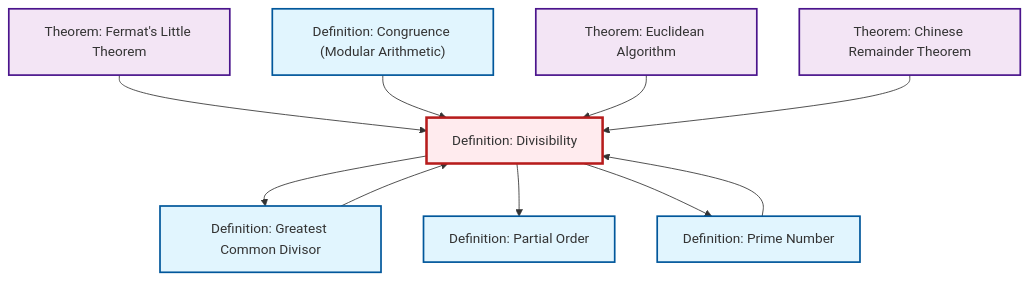
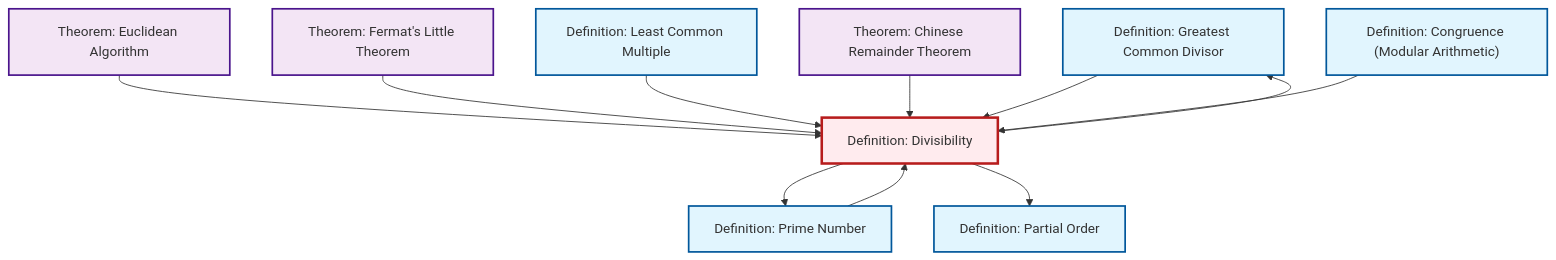
Before and after one commit to RK0429/ModernMath: the diagram in output/mermaid/def-divisibility.mermaid, drawn with Mermaid. The commit also changed 634 other files, not shown here.

First line of the commit message:
feat: Add prime ideal definition with comprehensive cross-references

```diff
--- a/output/mermaid/def-divisibility.mermaid
+++ b/output/mermaid/def-divisibility.mermaid
@@ -1,25 +1,27 @@
 %%| fig-cap: "Local dependency graph"
 graph TD
     classDef definition fill:#e1f5fe,stroke:#01579b,stroke-width:2px
     classDef theorem fill:#f3e5f5,stroke:#4a148c,stroke-width:2px
     classDef axiom fill:#fff3e0,stroke:#e65100,stroke-width:2px
     classDef example fill:#e8f5e9,stroke:#1b5e20,stroke-width:2px
     classDef current fill:#ffebee,stroke:#b71c1c,stroke-width:3px
+    def-gcd["Definition: Greatest Common Divisor"]:::definition
+    thm-fermat-little["Theorem: Fermat's Little Theorem"]:::theorem
+    def-lcm["Definition: Least Common Multiple"]:::definition
+    def-partial-order["Definition: Partial Order"]:::definition
+    def-congruence["Definition: Congruence (Modular Arithmetic)"]:::definition
     def-divisibility["Definition: Divisibility"]:::definition
-    def-gcd["Definition: Greatest Common Divisor"]:::definition
-    def-congruence["Definition: Congruence (Modular Arithmetic)"]:::definition
+    thm-chinese-remainder["Theorem: Chinese Remainder Theorem"]:::theorem
     def-prime["Definition: Prime Number"]:::definition
-    def-partial-order["Definition: Partial Order"]:::definition
     thm-euclidean-algorithm["Theorem: Euclidean Algorithm"]:::theorem
-    thm-chinese-remainder["Theorem: Chinese Remainder Theorem"]:::theorem
-    thm-fermat-little["Theorem: Fermat's Little Theorem"]:::theorem
+    def-divisibility --> def-prime
+    thm-euclidean-algorithm --> def-divisibility
+    thm-fermat-little --> def-divisibility
     def-divisibility --> def-gcd
-    thm-fermat-little --> def-divisibility
+    def-lcm --> def-divisibility
+    thm-chinese-remainder --> def-divisibility
+    def-gcd --> def-divisibility
+    def-divisibility --> def-partial-order
     def-prime --> def-divisibility
-    def-divisibility --> def-partial-order
-    def-gcd --> def-divisibility
     def-congruence --> def-divisibility
-    thm-euclidean-algorithm --> def-divisibility
-    def-divisibility --> def-prime
-    thm-chinese-remainder --> def-divisibility
     class def-divisibility current
```
